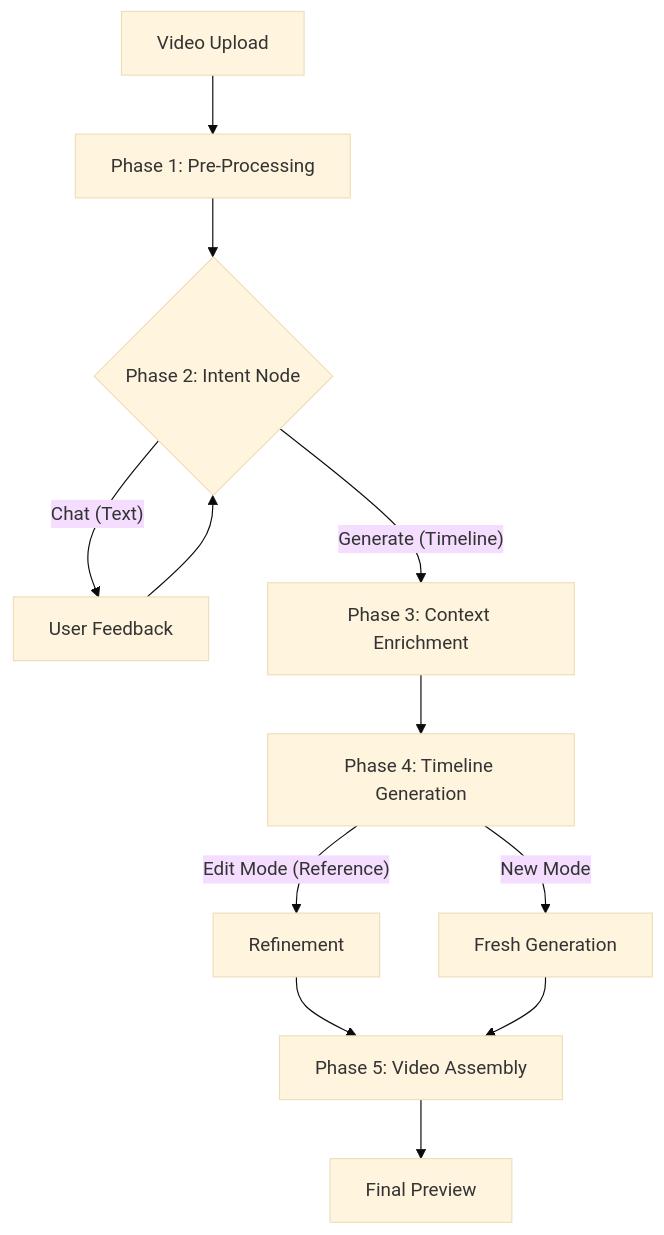
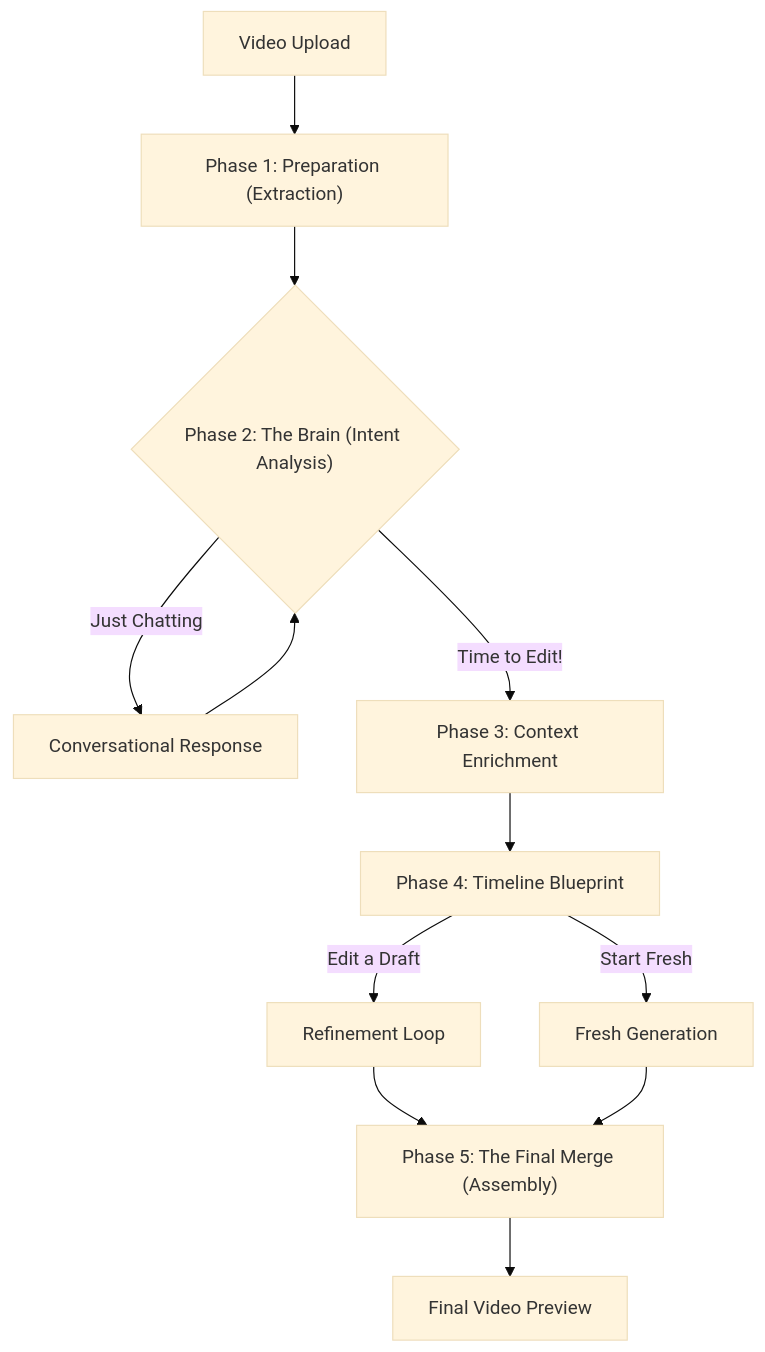
One commit to navidshad/vgtu-video-summarization changed the diagram in docs/architecture.md. Above: the diagram before and after it, drawn with Mermaid (base theme). The commit also changed other lines of this file and 1 other file, not shown here.

Commit message:
docs: clarify Gemini API key setup instructions and simplify the technical architecture overview.

````diff
--- a/docs/architecture.md
+++ b/docs/architecture.md
@@ -9,14 +22,18 @@
 ```mermaid
 graph TD
-    A[Video Upload] --> B[Phase 1: Pre-Processing]
-    B --> C{Phase 2: Intent Node}
-    C -- "Chat (Text)" --> D[User Feedback]
+    A[Video Upload] --> B["Phase 1: Preparation (Extraction)"]
+    B --> C{"Phase 2: The Brain (Intent Analysis)"}
+    
+    C -- "Just Chatting" --> D[Conversational Response]
     D --> C
-    C -- "Generate (Timeline)" --> E[Phase 3: Context Enrichment]
-    E --> F[Phase 4: Timeline Generation]
-    F -- "Edit Mode (Reference)" --> G[Refinement]
-    F -- "New Mode" --> H[Fresh Generation]
-    G --> I[Phase 5: Video Assembly]
-    H --> I[Phase 5: Video Assembly]
-    I --> J[Final Preview]
+    
+    C -- "Time to Edit!" --> E["Phase 3: Context Enrichment"]
+    E --> F["Phase 4: Timeline Blueprint"]
+    
+    F -- "Edit a Draft" --> G[Refinement Loop]
+    F -- "Start Fresh" --> H[Fresh Generation]
+    
+    G --> I["Phase 5: The Final Merge (Assembly)"]
+    H --> I
+    I --> J[Final Video Preview]
 ```
````
